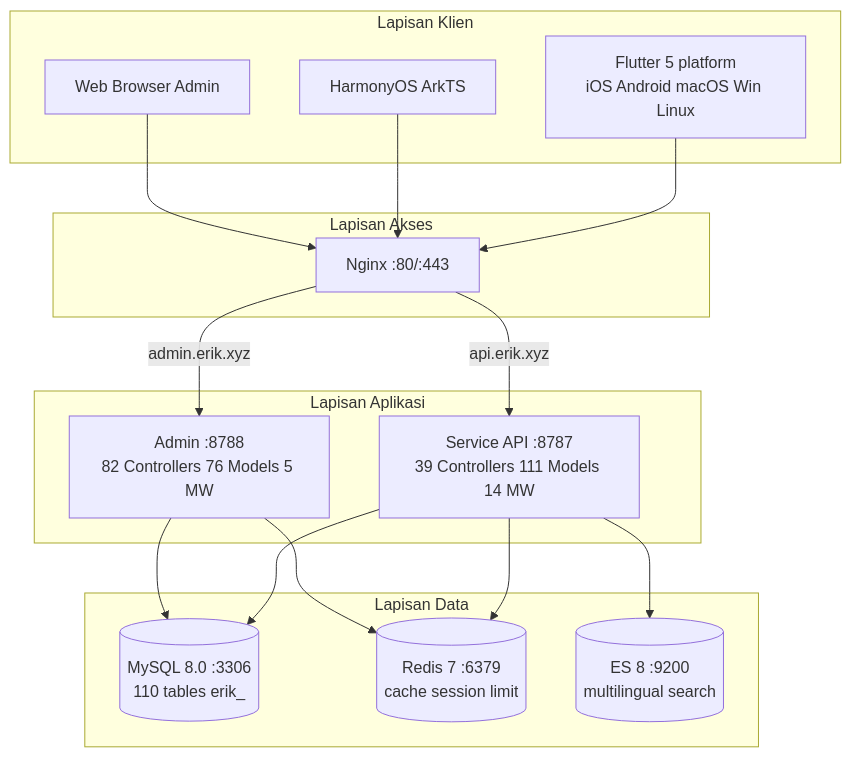
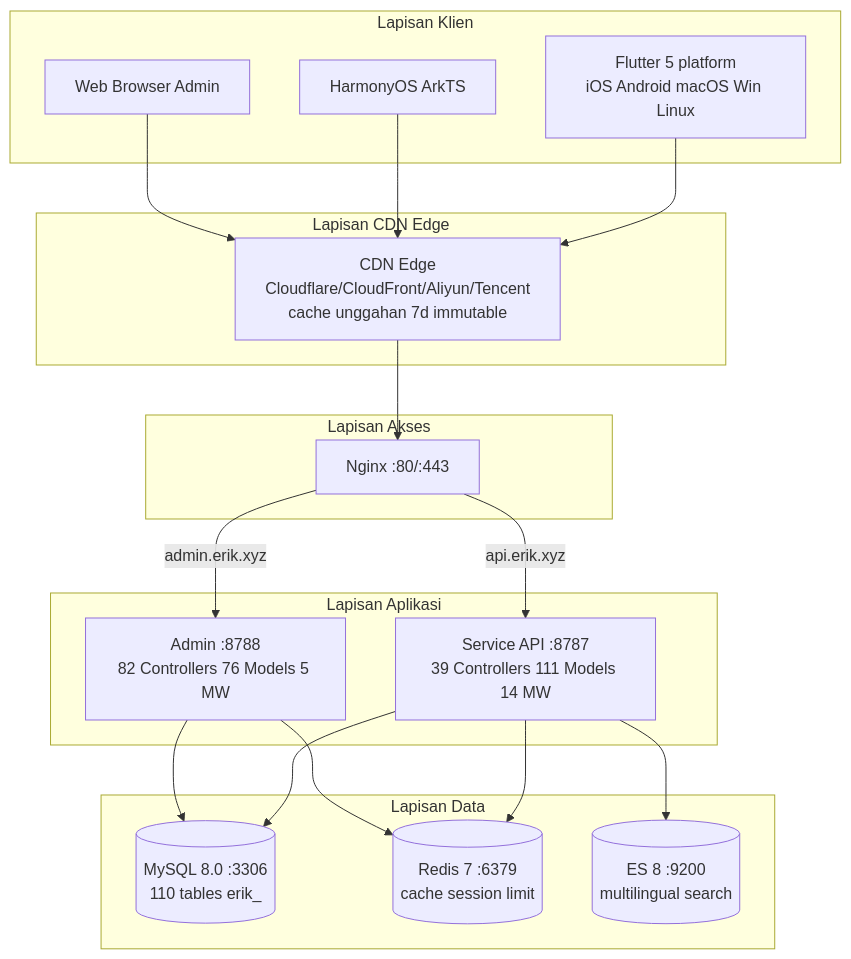
The first of 6 diagrams in docs/i18n/id/architecture-full.md (erikwang2013/erik-shop), drawn with Mermaid before and after one commit. The commit also changed other lines of this file and 191 other files, not shown here.

First line of the commit message:
v1.2.0：CDN 内容分发接入（Origin-Pull 回源 + 四大云厂商适配 + 管理端配置/刷新/日志 + 上传持久化 + 全文档与12语言i18n同步 + Crypto 捐赠图文入库）

````diff
--- a/docs/i18n/id/architecture-full.md
+++ b/docs/i18n/id/architecture-full.md
@@ -38,30 +38,34 @@
 ```mermaid
 graph TD
     subgraph Clients[Lapisan Klien]
         F[Flutter 5 platform<br/>iOS Android macOS Win Linux]
         H[HarmonyOS ArkTS]
         W[Web Browser Admin]
+    end
+    subgraph Edge[Lapisan CDN Edge]
+        CDN[CDN Edge<br/>Cloudflare/CloudFront/Aliyun/Tencent<br/>cache unggahan 7d immutable]
     end
     subgraph Gateway[Lapisan Akses]
         N[Nginx :80/:443]
     end
     subgraph Apps[Lapisan Aplikasi]
         S[Service API :8787<br/>39 Controllers 111 Models 14 MW]
         A[Admin :8788<br/>82 Controllers 76 Models 5 MW]
     end
     subgraph Data[Lapisan Data]
         M[(MySQL 8.0 :3306<br/>110 tables erik_)]
         R[(Redis 7 :6379<br/>cache session limit)]
         E[(ES 8 :9200<br/>multilingual search)]
     end
-    F --> N
-    H --> N
-    W --> N
+    F --> CDN
+    H --> CDN
+    W --> CDN
+    CDN --> N
     N -->|api.erik.xyz| S
     N -->|admin.erik.xyz| A
     S --> M
     S --> R
     S --> E
     A --> M
     A --> R
 ```
````
